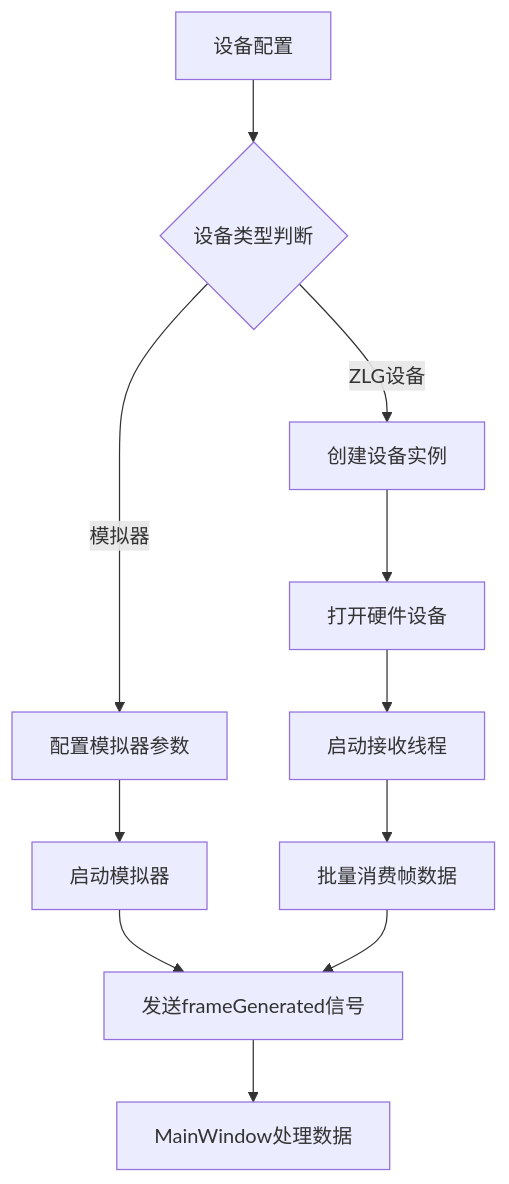
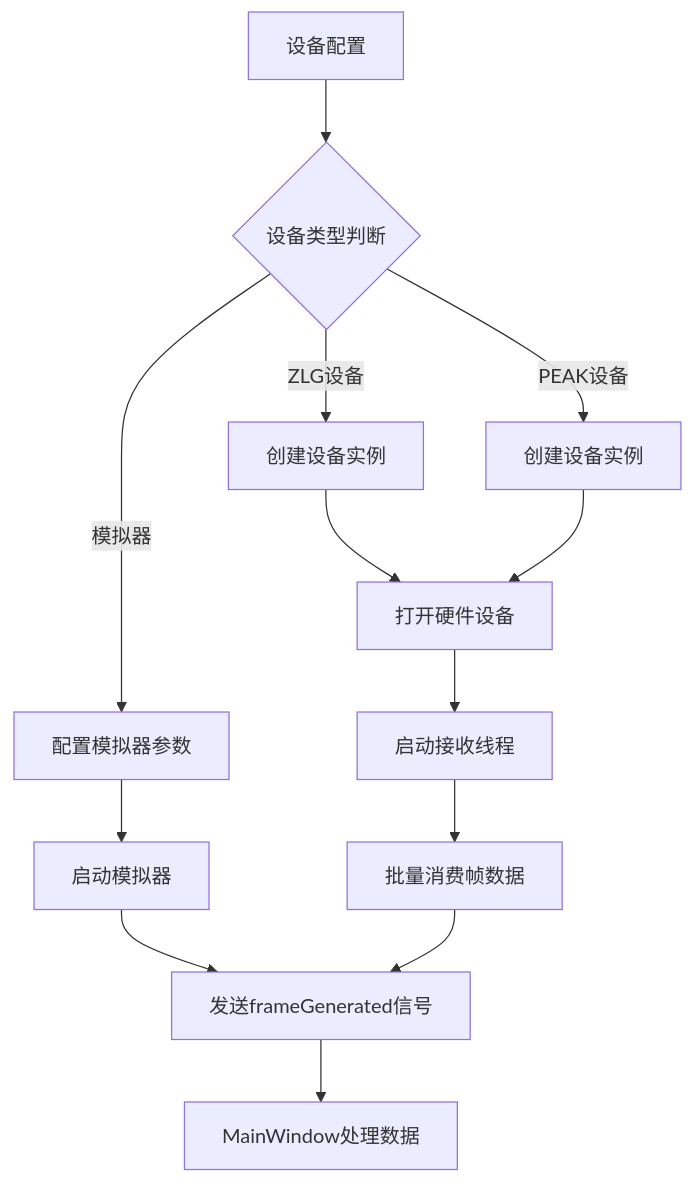
Before and after one commit to jakecai1225-design/OpenBus: the fourth of 10 diagrams in .qoder/repowiki/zh/content/核心模块详解/主窗口组件.md, drawn with Mermaid. The commit also changed other lines of this file and 109 other files, not shown here.

````diff
--- a/.qoder/repowiki/zh/content/核心模块详解/主窗口组件.md
+++ b/.qoder/repowiki/zh/content/核心模块详解/主窗口组件.md
@@ -329,13 +352,15 @@
 ```mermaid
 flowchart TD
 A[设备配置] --> B{设备类型判断}
 B --> |模拟器| C[配置模拟器参数]
 B --> |ZLG设备| D[创建设备实例]
-C --> E[启动模拟器]
-D --> F[打开硬件设备]
-F --> G[启动接收线程]
-G --> H[批量消费帧数据]
-E --> I[发送frameGenerated信号]
-H --> I
-I --> J[MainWindow处理数据]
+B --> |PEAK设备| E[创建设备实例]
+C --> F[启动模拟器]
+D --> G[打开硬件设备]
+E --> G
+G --> H[启动接收线程]
+H --> I[批量消费帧数据]
+F --> J[发送frameGenerated信号]
+I --> J
+J --> K[MainWindow处理数据]
 ```
````
